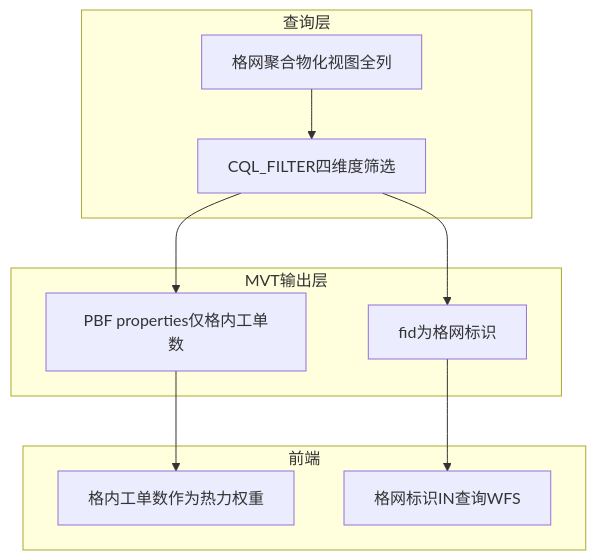
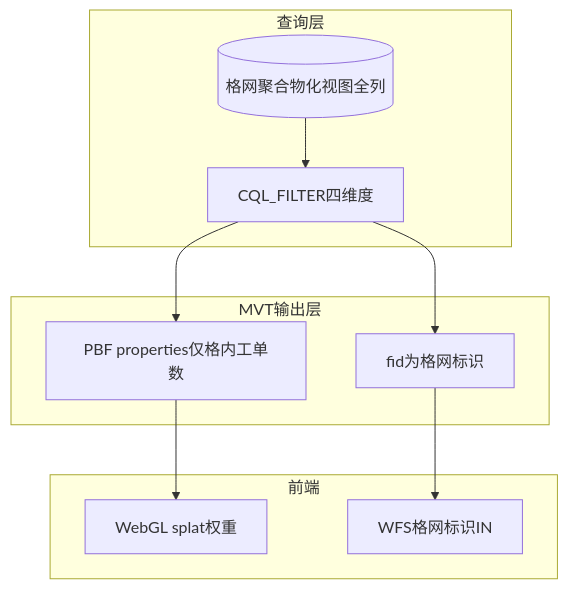
One commit to zheyi420/Dev-Wiki changed the fourth of 7 diagrams in Blog/mvt-webgl_heatmap-ccl/02-服务层-MVT瓦片与按需明细查询.md. Above: the diagram before and after it, drawn with Mermaid. The commit also changed other lines of this file, not shown here.

````diff
--- a/Blog/mvt-webgl_heatmap-ccl/02-服务层-MVT瓦片与按需明细查询.md
+++ b/Blog/mvt-webgl_heatmap-ccl/02-服务层-MVT瓦片与按需明细查询.md
@@ -166,20 +212,21 @@
 ```mermaid
 flowchart TB
   subgraph queryLayer [查询层]
-    gridMV[格网聚合物化视图全列]
-    cqlFilter[CQL_FILTER四维度筛选]
+    gridMV[(格网聚合物化视图全列)]
+    cql[CQL_FILTER四维度]
   end
   subgraph outputLayer [MVT输出层]
-    pbfProps[PBF properties仅格内工单数]
-    pbfFid[fid为格网标识]
+    pbfProperty[PBF properties仅格内工单数]
+    featureId[fid为格网标识]
   end
-  subgraph frontendLayer [前端]
-    heatWeight[格内工单数作为热力权重]
-    drillWfs[格网标识IN查询WFS]
+  subgraph frontend [前端]
+    splat[WebGL splat权重]
+    regionQuery[WFS格网标识IN]
   end
-  gridMV --> cqlFilter
-  cqlFilter --> pbfProps
-  cqlFilter --> pbfFid
-  pbfProps --> heatWeight
-  pbfFid --> drillWfs
+
+  gridMV --> cql
+  cql --> pbfProperty
+  cql --> featureId
+  pbfProperty --> splat
+  featureId --> regionQuery
 ```
````
